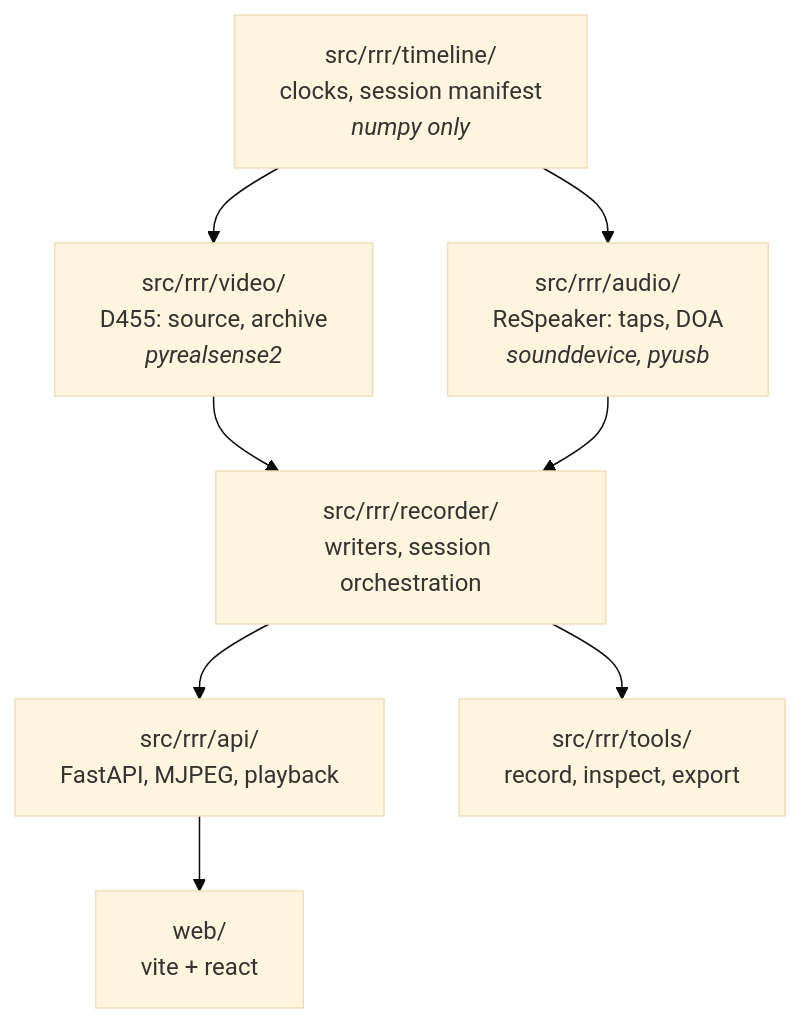
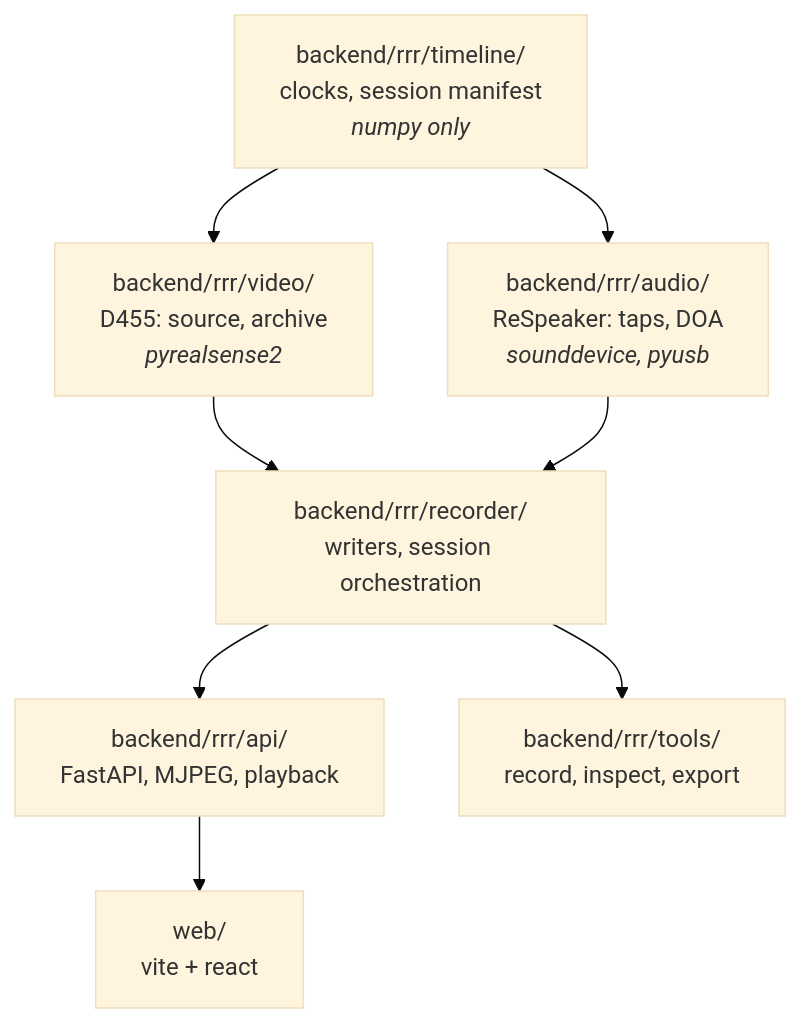
Before and after one commit to tkanek0/rererecorder: the first of 2 diagrams in docs/design.md, drawn with Mermaid (base theme). The commit also changed other lines of this file and 41 other files, not shown here.

Commit message:
Move the package root from src to backend and build with uv_build

````diff
--- a/docs/design.md
+++ b/docs/design.md
@@ -30,17 +30,17 @@
 ```mermaid
 flowchart TD
-    T["src/rrr/timeline/<br/>clocks, session manifest<br/><i>numpy only</i>"]
-    V["src/rrr/video/<br/>D455: source, archive<br/><i>pyrealsense2</i>"]
-    A["src/rrr/audio/<br/>ReSpeaker: taps, DOA<br/><i>sounddevice, pyusb</i>"]
-    R["src/rrr/recorder/<br/>writers, session orchestration"]
-    S["src/rrr/api/<br/>FastAPI, MJPEG, playback"]
-    C["src/rrr/tools/<br/>record, inspect, export"]
+    T["backend/rrr/timeline/<br/>clocks, session manifest<br/><i>numpy only</i>"]
+    V["backend/rrr/video/<br/>D455: source, archive<br/><i>pyrealsense2</i>"]
+    A["backend/rrr/audio/<br/>ReSpeaker: taps, DOA<br/><i>sounddevice, pyusb</i>"]
+    R["backend/rrr/recorder/<br/>writers, session orchestration"]
+    S["backend/rrr/api/<br/>FastAPI, MJPEG, playback"]
+    C["backend/rrr/tools/<br/>record, inspect, export"]
     W["web/<br/>vite + react"]
     T --> V
     T --> A
     V --> R
     A --> R
     R --> S
     R --> C
     S --> W
 ```
````
